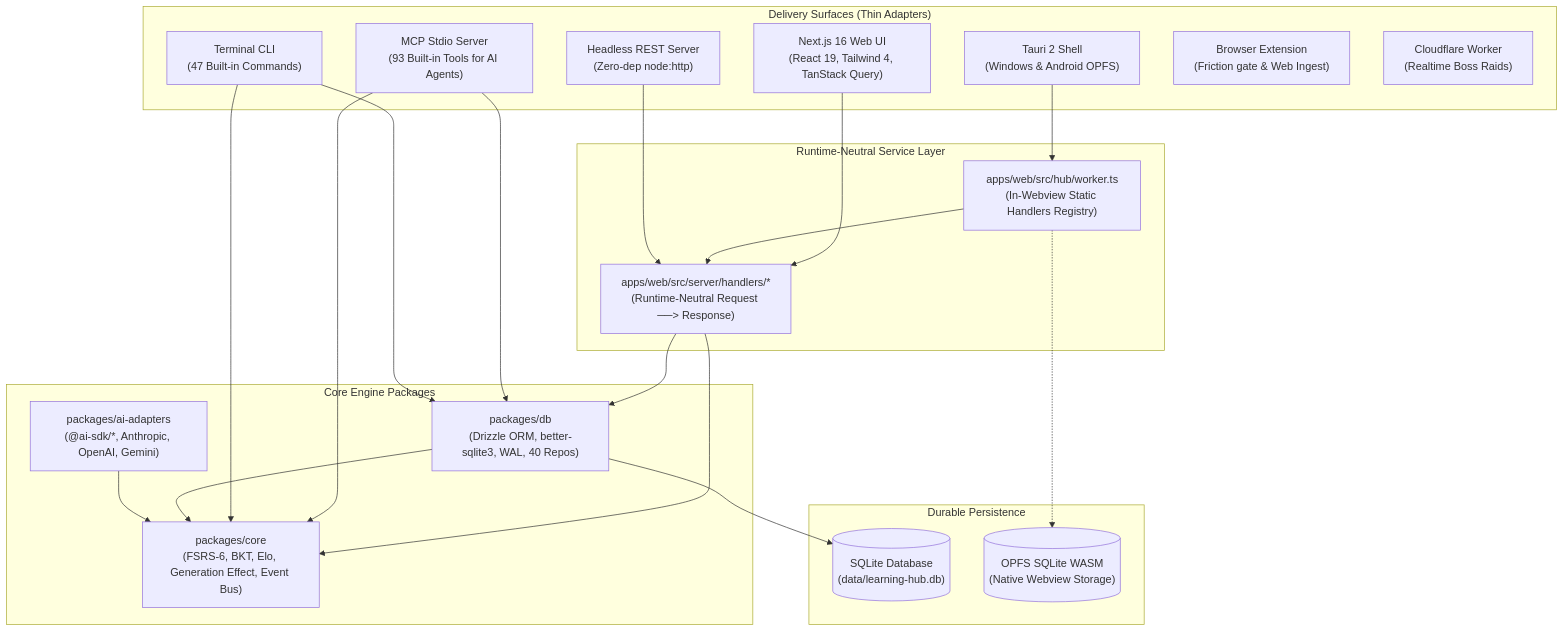
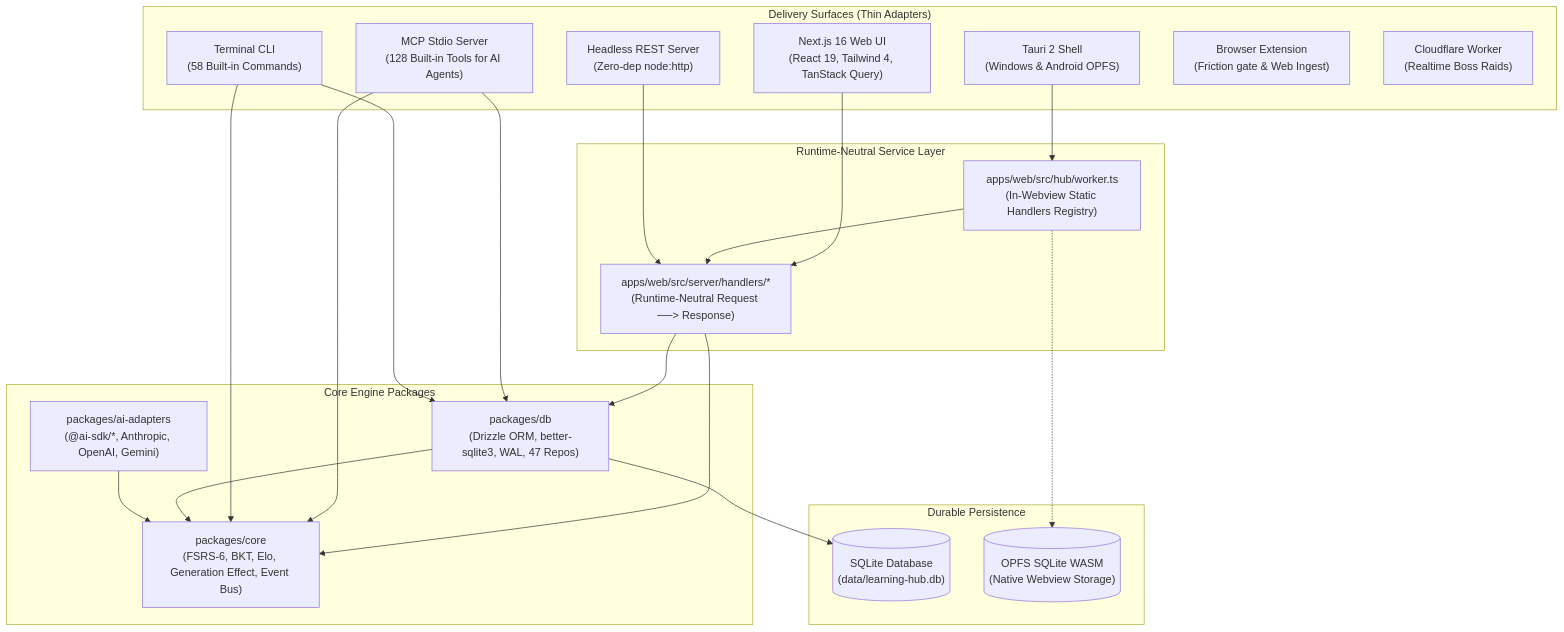
One commit to Agono0/learning-hub changed the first of 2 diagrams in PROJECT_ARCHITECTURE.md. Above: the diagram before and after it, drawn with Mermaid. The commit also changed other lines of this file and 18 other files, not shown here.

````diff
--- a/PROJECT_ARCHITECTURE.md
+++ b/PROJECT_ARCHITECTURE.md
@@ -13,43 +13,43 @@
 ```mermaid
 flowchart TD
     subgraph Delivery ["Delivery Surfaces (Thin Adapters)"]
         WEB["Next.js 16 Web UI<br/>(React 19, Tailwind 4, TanStack Query)"]
         NATIVE["Tauri 2 Shell<br/>(Windows & Android OPFS)"]
-        MCP["MCP Stdio Server<br/>(93 Built-in Tools for AI Agents)"]
-        CLI["Terminal CLI<br/>(47 Built-in Commands)"]
+        MCP["MCP Stdio Server<br/>(128 Built-in Tools for AI Agents)"]
+        CLI["Terminal CLI<br/>(58 Built-in Commands)"]
         SERVER["Headless REST Server<br/>(Zero-dep node:http)"]
         EXT["Browser Extension<br/>(Friction gate & Web Ingest)"]
         CF["Cloudflare Worker<br/>(Realtime Boss Raids)"]
     end
 
     subgraph Boundaries ["Runtime-Neutral Service Layer"]
         HANDLERS["apps/web/src/server/handlers/*<br/>(Runtime-Neutral Request ──> Response)"]
         HUB_WORKER["apps/web/src/hub/worker.ts<br/>(In-Webview Static Handlers Registry)"]
     end
 
     subgraph CorePackages ["Core Engine Packages"]
         AIC["packages/ai-adapters<br/>(@ai-sdk/*, Anthropic, OpenAI, Gemini)"]
-        DB["packages/db<br/>(Drizzle ORM, better-sqlite3, WAL, 40 Repos)"]
+        DB["packages/db<br/>(Drizzle ORM, better-sqlite3, WAL, 47 Repos)"]
         CORE["packages/core<br/>(FSRS-6, BKT, Elo, Generation Effect, Event Bus)"]
     end
 
     subgraph Storage ["Durable Persistence"]
         SQLITE[("SQLite Database<br/>(data/learning-hub.db)")]
         OPFS[("OPFS SQLite WASM<br/>(Native Webview Storage)")]
     end
 
     WEB --> HANDLERS
     NATIVE --> HUB_WORKER
     HUB_WORKER --> HANDLERS
     SERVER --> HANDLERS
     HANDLERS --> DB
     HANDLERS --> CORE
     MCP --> DB
     MCP --> CORE
     CLI --> DB
     CLI --> CORE
     DB --> CORE
     AIC --> CORE
     DB --> SQLITE
     HUB_WORKER -.-> OPFS
 ```
````
